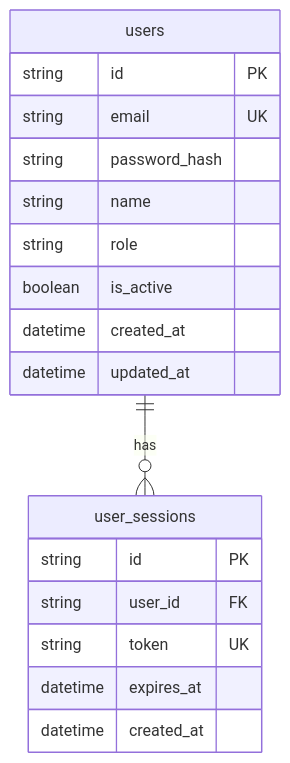
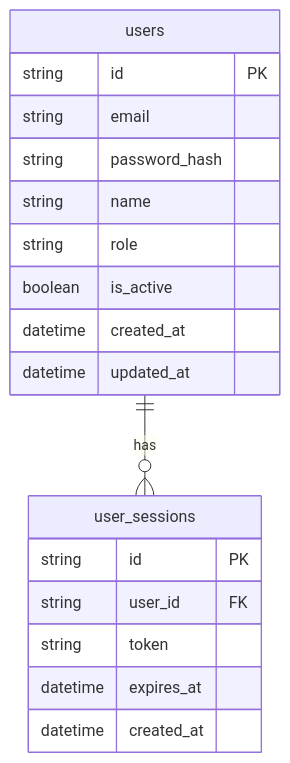
One commit to seungwonme/smartclassbot changed the second of 18 diagrams in docs/heongyuham/byCursor/circlue_db_design.md. Above: the diagram before and after it, drawn with Mermaid.

Commit message:
docs: 문서 수정

````diff
--- a/docs/heongyuham/byCursor/circlue_db_design.md
+++ b/docs/heongyuham/byCursor/circlue_db_design.md
@@ -47,23 +47,23 @@
 ```mermaid
 erDiagram
     users {
         string id PK
-        string email UK
+        string email
         string password_hash
         string name
         string role
         boolean is_active
         datetime created_at
         datetime updated_at
     }
 
     user_sessions {
         string id PK
         string user_id FK
-        string token UK
+        string token
         datetime expires_at
         datetime created_at
     }
 
     users ||--o{ user_sessions : has
 ```
````
